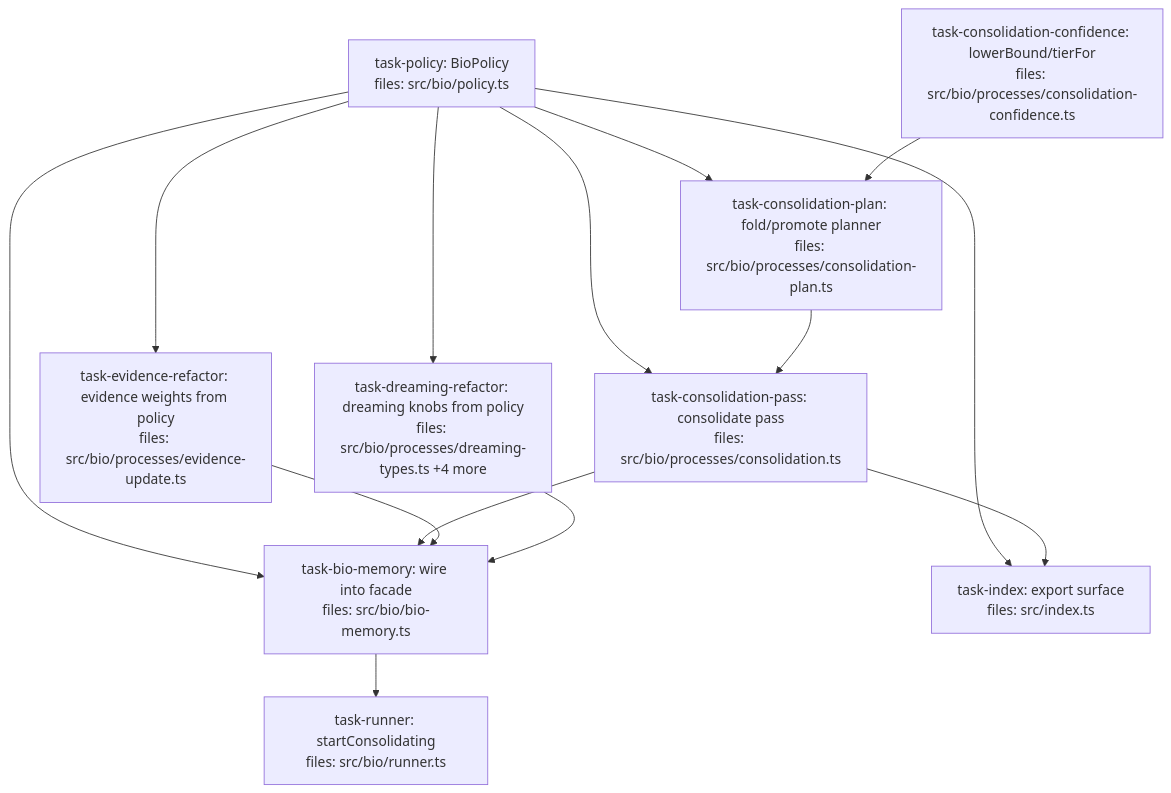
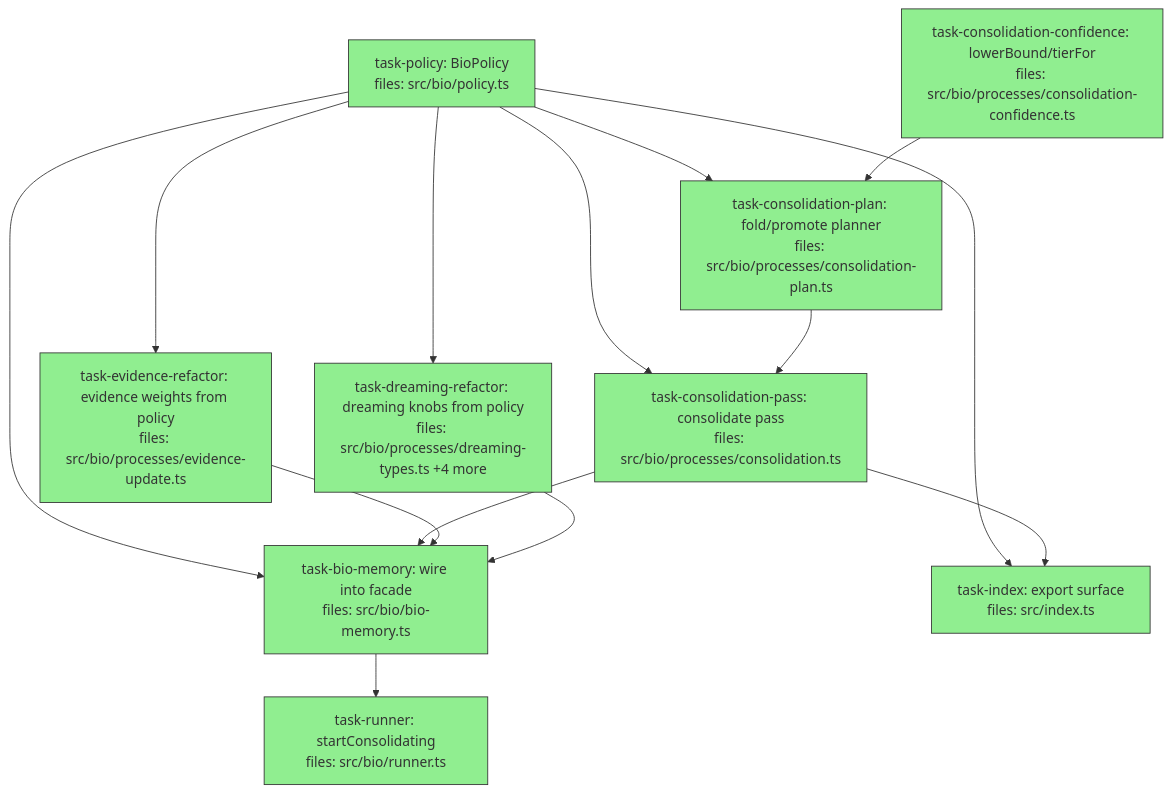
The diagram in docs/superpowers/plans/2026-05-26-bio-layer-wave2-consolidation-dag.md (BrettNye/Mneme), drawn with Mermaid before and after one commit. The commit also changed other lines of this file, not shown here.

Commit message:
docs(bio): mark consolidation DAG plan complete (9/9 done)

````diff
--- a/docs/superpowers/plans/2026-05-26-bio-layer-wave2-consolidation-dag.md
+++ b/docs/superpowers/plans/2026-05-26-bio-layer-wave2-consolidation-dag.md
@@ -6,32 +6,32 @@
 ```mermaid
 flowchart TD
-    task-policy["task-policy: BioPolicy<br/>files: src/bio/policy.ts"]
-    task-consolidation-confidence["task-consolidation-confidence: lowerBound/tierFor<br/>files: src/bio/processes/consolidation-confidence.ts"]
-    task-evidence-refactor["task-evidence-refactor: evidence weights from policy<br/>files: src/bio/processes/evidence-update.ts"]
-    task-dreaming-refactor["task-dreaming-refactor: dreaming knobs from policy<br/>files: src/bio/processes/dreaming-types.ts +4 more"]
-    task-consolidation-plan["task-consolidation-plan: fold/promote planner<br/>files: src/bio/processes/consolidation-plan.ts"]
-    task-consolidation-pass["task-consolidation-pass: consolidate pass<br/>files: src/bio/processes/consolidation.ts"]
-    task-bio-memory["task-bio-memory: wire into facade<br/>files: src/bio/bio-memory.ts"]
-    task-index["task-index: export surface<br/>files: src/index.ts"]
-    task-runner["task-runner: startConsolidating<br/>files: src/bio/runner.ts"]
+    task-policy["task-policy: BioPolicy<br/>files: src/bio/policy.ts"]:::done
+    task-consolidation-confidence["task-consolidation-confidence: lowerBound/tierFor<br/>files: src/bio/processes/consolidation-confidence.ts"]:::done
+    task-evidence-refactor["task-evidence-refactor: evidence weights from policy<br/>files: src/bio/processes/evidence-update.ts"]:::done
+    task-dreaming-refactor["task-dreaming-refactor: dreaming knobs from policy<br/>files: src/bio/processes/dreaming-types.ts +4 more"]:::done
+    task-consolidation-plan["task-consolidation-plan: fold/promote planner<br/>files: src/bio/processes/consolidation-plan.ts"]:::done
+    task-consolidation-pass["task-consolidation-pass: consolidate pass<br/>files: src/bio/processes/consolidation.ts"]:::done
+    task-bio-memory["task-bio-memory: wire into facade<br/>files: src/bio/bio-memory.ts"]:::done
+    task-index["task-index: export surface<br/>files: src/index.ts"]:::done
+    task-runner["task-runner: startConsolidating<br/>files: src/bio/runner.ts"]:::done
 
     task-policy --> task-evidence-refactor
     task-policy --> task-dreaming-refactor
     task-policy --> task-consolidation-plan
     task-consolidation-confidence --> task-consolidation-plan
     task-policy --> task-consolidation-pass
     task-consolidation-plan --> task-consolidation-pass
     task-policy --> task-bio-memory
     task-consolidation-pass --> task-bio-memory
     task-evidence-refactor --> task-bio-memory
     task-dreaming-refactor --> task-bio-memory
     task-policy --> task-index
     task-consolidation-pass --> task-index
     task-bio-memory --> task-runner
 
     classDef done fill:#90ee90,stroke:#333
     classDef ready fill:#fffacd,stroke:#333
     classDef running fill:#87ceeb,stroke:#333
     classDef failed fill:#ffb6c1,stroke:#333
     classDef skipped fill:#d3d3d3,stroke:#333,stroke-dasharray: 5 5
 ```
````
